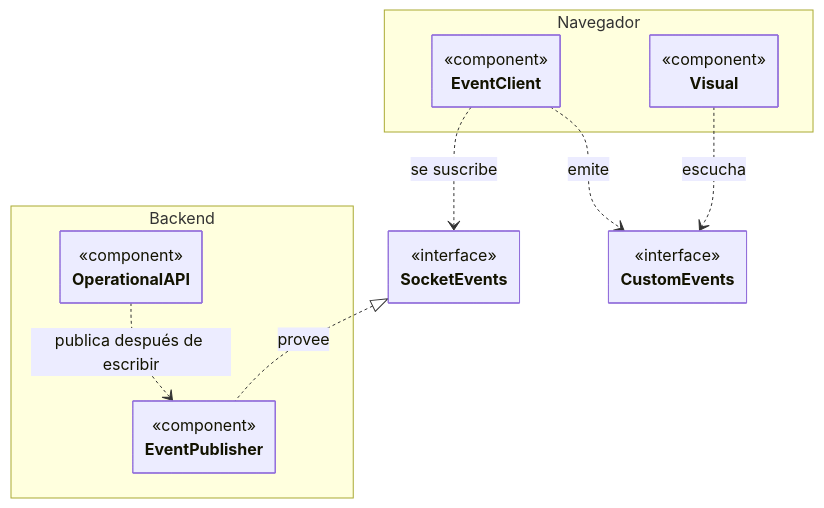
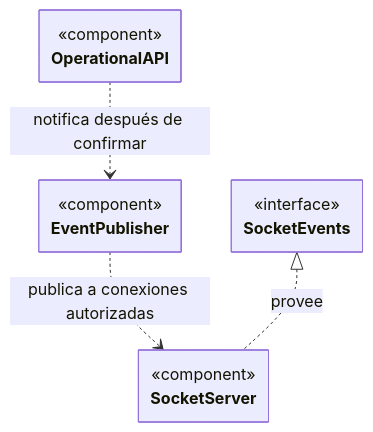
The third of 3 diagrams in back/docs/architecture/views/logical/01-components-and-reuse.md (gpgsistemas01/nexus), drawn with Mermaid before and after one commit. The commit also changed other lines of this file and 42 other files, not shown here.

Commit message:
docs: consolidate architecture and backend guides

````diff
--- a/back/docs/architecture/views/logical/01-components-and-reuse.md
+++ b/back/docs/architecture/views/logical/01-components-and-reuse.md
@@ -72,24 +61,16 @@
 ```mermaid
 ---
 config:
   class:
     hideEmptyMembersBox: true
 ---
 classDiagram
     direction TB
-    namespace Navegador {
-        class EventClient { <<component>> }
-        class Visual { <<component>> }
-    }
-    namespace Backend {
-        class OperationalAPI { <<component>> }
-        class EventPublisher { <<component>> }
-    }
+    class OperationalAPI { <<component>> }
+    class EventPublisher { <<component>> }
+    class SocketServer { <<component>> }
     class SocketEvents { <<interface>> }
-    class CustomEvents { <<interface>> }
-    OperationalAPI ..> EventPublisher : publica después de escribir
-    SocketEvents <|.. EventPublisher : provee
-    EventClient ..> SocketEvents : se suscribe
-    EventClient ..> CustomEvents : emite
-    Visual ..> CustomEvents : escucha
+    OperationalAPI ..> EventPublisher : notifica después de confirmar
+    EventPublisher ..> SocketServer : publica a conexiones autorizadas
+    SocketEvents <|.. SocketServer : provee
 ```
````
